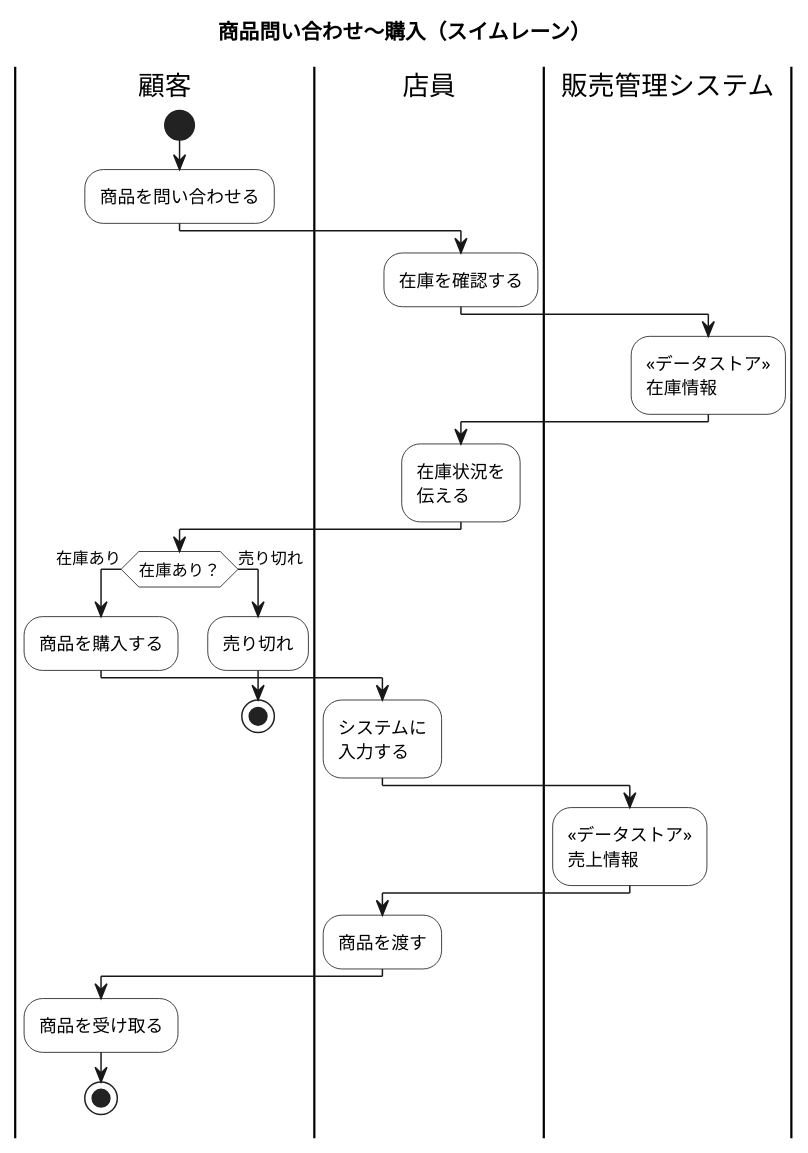
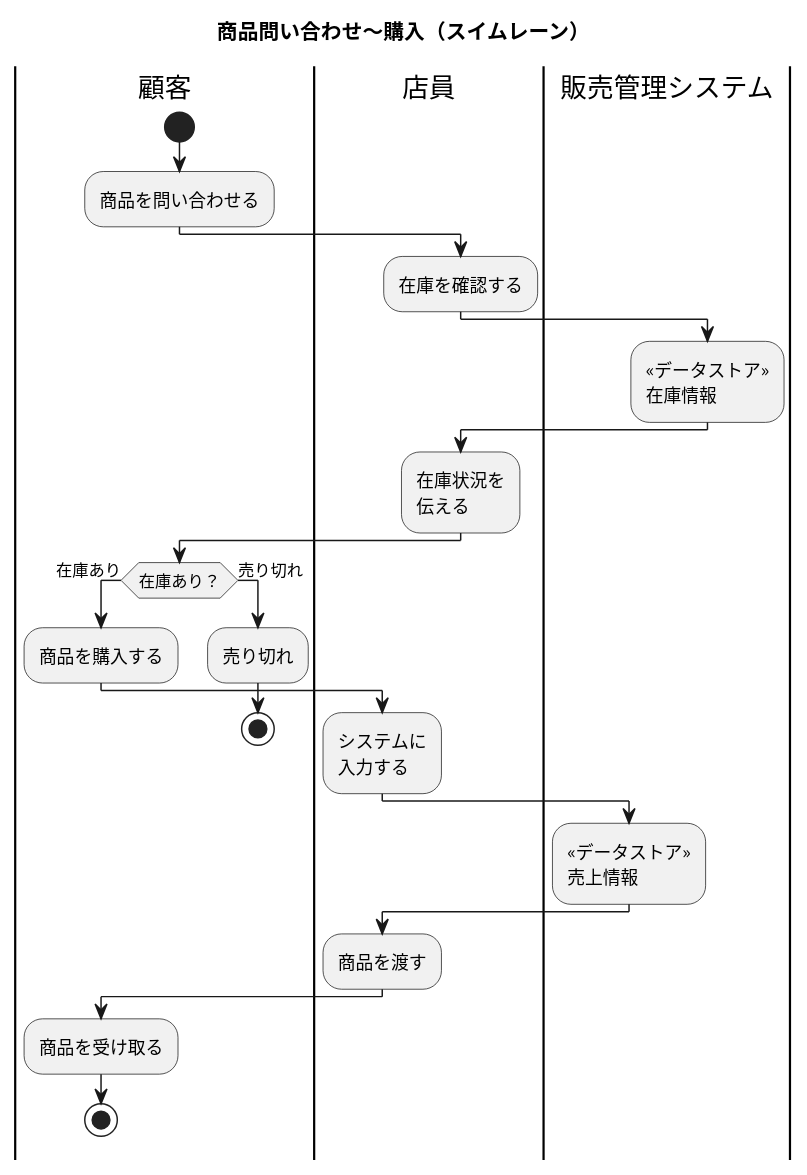
Before and after one commit to rosehip200/PlauntUML: the diagram in docs/diagrams/activity.puml, drawn with PlantUML.

Commit message:
Modify font settings and clean up activity parameters
Updated font settings and removed activity skin parameters.

```diff
--- a/docs/diagrams/activity.puml
+++ b/docs/diagrams/activity.puml
@@ -1,48 +1,50 @@
 @startuml
 title 商品問い合わせ〜購入（スイムレーン）
 
+' 文字化け/潰れ対策（CI上でも安定しやすい）
+skinparam defaultFontName "Noto Sans CJK JP"
+skinparam activityFontName "Noto Sans CJK JP"
+skinparam titleFontName "Noto Sans CJK JP"
 
 skinparam shadowing false
 skinparam monochrome true
-skinparam activity {
-  BackgroundColor white
-  BorderColor black
-  FontColor black
-}
+
+' 縦長すぎて縮小されるのを避けたい場合（任意）
+' left to right direction
 
 |顧客|
 start
 :商品を問い合わせる;
 
 |店員|
 :在庫を確認する;
 
 |販売管理システム|
 :<<データストア>>\n在庫情報;
 
 |店員|
 :在庫状況を\n伝える;
 
 |顧客|
 if (在庫あり？) then (在庫あり)
   :商品を購入する;
 
   |店員|
   :システムに\n入力する;
 
   |販売管理システム|
   :<<データストア>>\n売上情報;
 
   |店員|
   :商品を渡す;
 
   |顧客|
   :商品を受け取る;
   stop
 
 else (売り切れ)
   :売り切れ;
   stop
 endif
 
 @enduml
```
